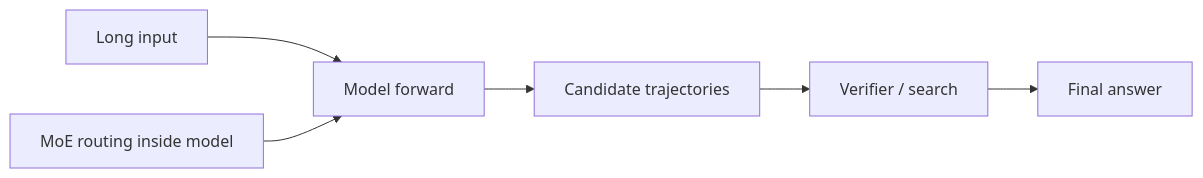
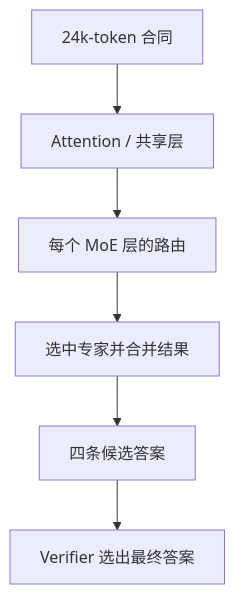
One commit to NightLemon/about-llm changed the diagram in docs/frontier/reasoning-long-context-moe.md. Above: the diagram before and after it, drawn with Mermaid. The commit also changed other lines of this file, not shown here.

```diff
--- a/docs/frontier/reasoning-long-context-moe.md
+++ b/docs/frontier/reasoning-long-context-moe.md
@@ -49,8 +91,8 @@
 ~~~mermaid
-flowchart LR
-    A["Long input"] --> B["Model forward"]
-    C["MoE routing inside model"] --> B
-    B --> D["Candidate trajectories"]
-    D --> E["Verifier / search"]
-    E --> F["Final answer"]
+flowchart TB
+    A["24k-token 合同"] --> B["Attention / 共享层"]
+    B --> C["每个 MoE 层的路由"]
+    C --> D["选中专家并合并结果"]
+    D --> E["四条候选答案"]
+    E --> F["Verifier 选出最终答案"]
 ~~~
```
